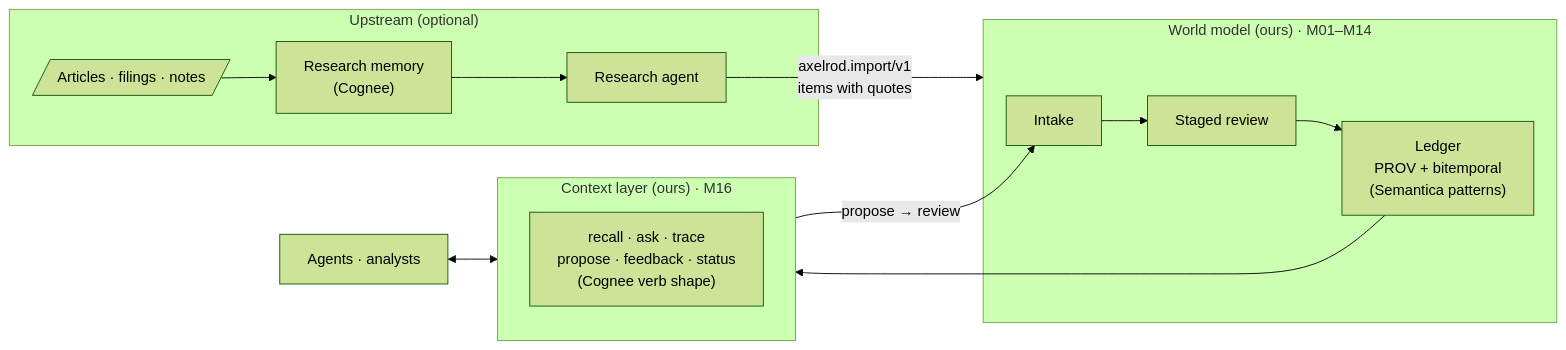
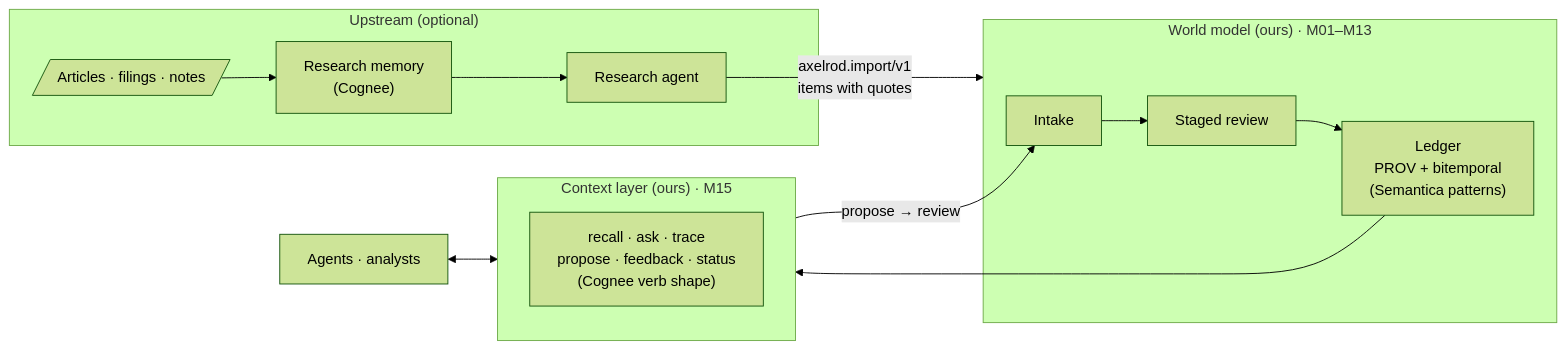
The diagram in docs/design/frameworks.md (Axelrod-AI-Engineering/world-model), drawn with Mermaid (forest theme) before and after one commit. The commit also changed other lines of this file and 47 other files, not shown here.

````diff
--- a/docs/design/frameworks.md
+++ b/docs/design/frameworks.md
@@ -78,17 +78,17 @@
 ```mermaid
 flowchart LR
   subgraph UP["Upstream (optional)"]
     DOCS[/"Articles · filings · notes"/] --> COG["Research memory<br/>(Cognee)"]
     COG --> RA["Research agent"]
   end
   RA -- "axelrod.import/v1<br/>items with quotes" --> WM
-  subgraph WM["World model (ours) · M01–M14"]
+  subgraph WM["World model (ours) · M01–M13"]
     IN["Intake"] --> REV["Staged review"] --> LED["Ledger<br/>PROV + bitemporal<br/>(Semantica patterns)"]
   end
-  subgraph CL["Context layer (ours) · M16"]
+  subgraph CL["Context layer (ours) · M15"]
     V["recall · ask · trace<br/>propose · feedback · status<br/>(Cognee verb shape)"]
   end
   LED --> CL
   CL -- "propose → review" --> IN
   AG["Agents · analysts"] <--> CL
 ```
````
